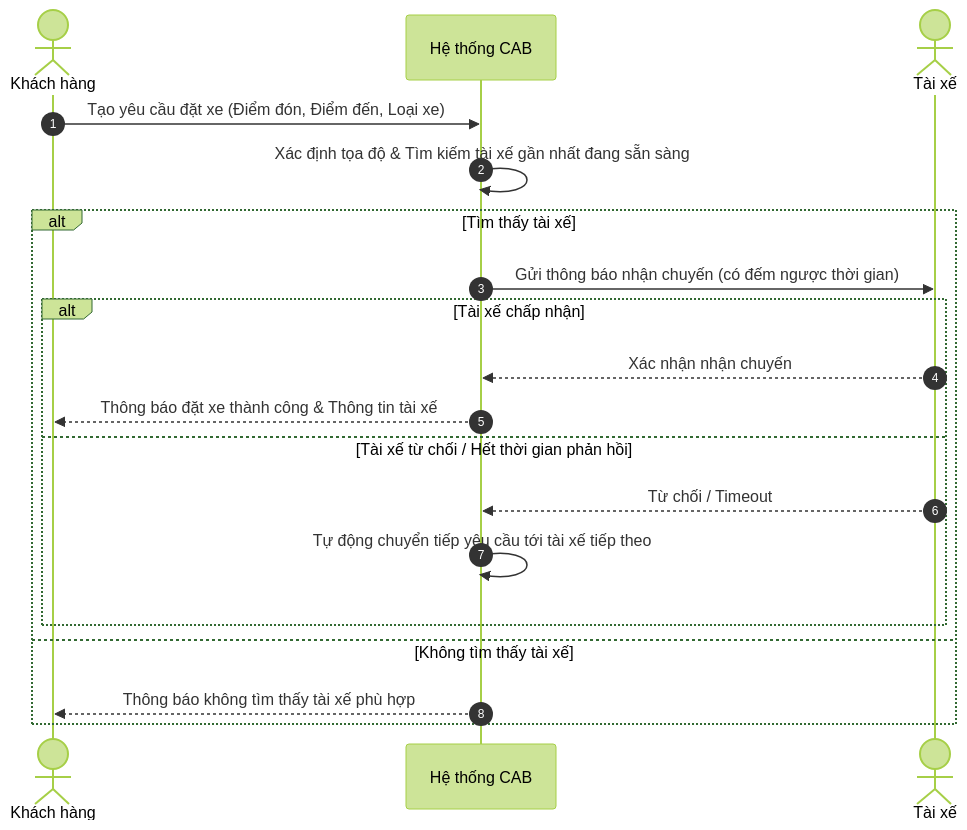
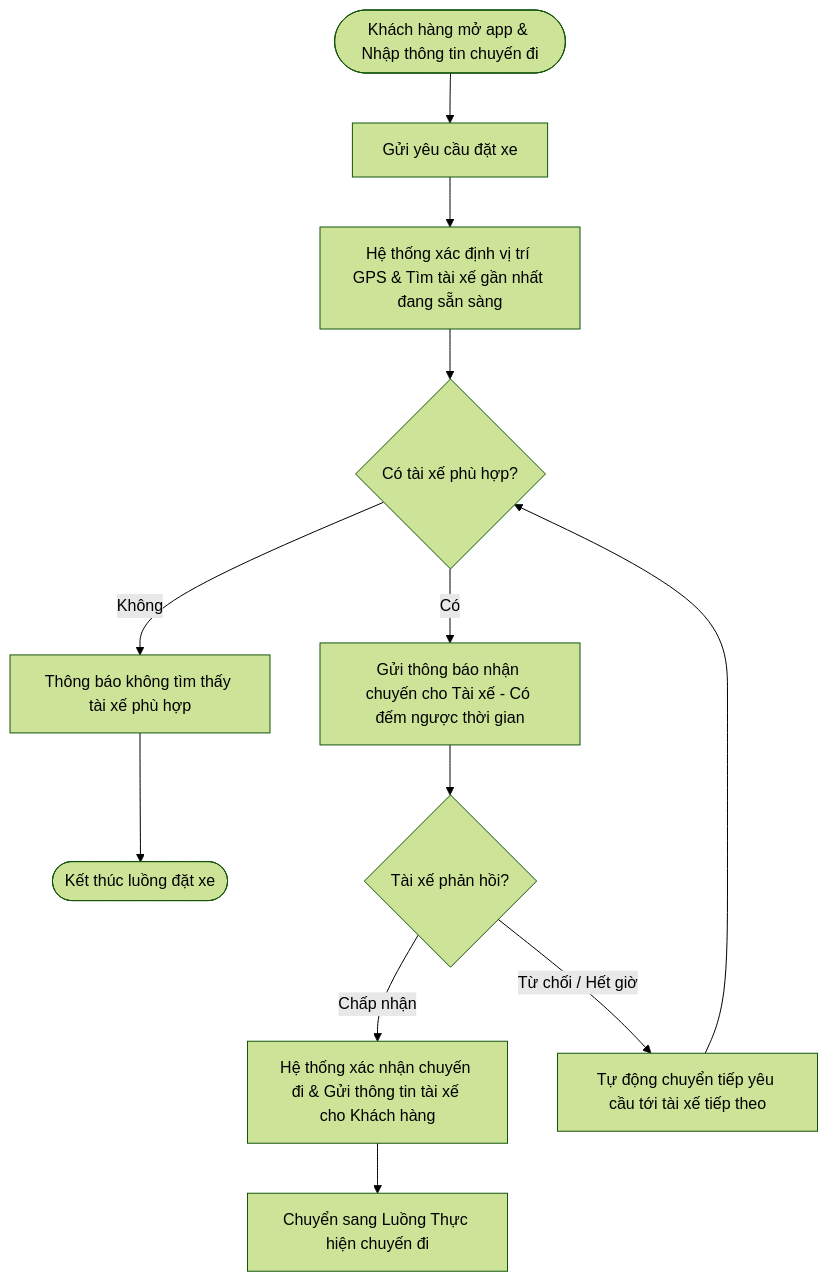
Before and after one commit to DuynDangHocBai/23720691_NguyenThiMyDUyen_CABSYSTEM: the second of 3 diagrams in srs.md, drawn with Mermaid (forest theme). The commit also changed other lines of this file, not shown here.

First line of the commit message:
Revise business process modeling with flowcharts

````diff
--- a/srs.md
+++ b/srs.md
@@ -82,23 +82,20 @@
 ```mermaid
-sequenceDiagram
-    autonumber
-    actor KH as Khách hàng
-    participant HT as Hệ thống CAB
-    actor TX as Tài xế
+flowchart TD
+    Start([Khách hàng mở app & Nhập thông tin chuyến đi]) --> Request[Gửi yêu cầu đặt xe]
+    Request --> FindDriver[Hệ thống xác định vị trí GPS & Tìm tài xế gần nhất đang sẵn sàng]
+    
+    FindDriver --> CheckFound{Có tài xế phù hợp?}
+    
+    CheckFound -- Không --> NotifyNoDriver[Thông báo không tìm thấy tài xế phù hợp]
+    NotifyNoDriver --> EndNoDriver([Kết thúc luồng đặt xe])
 
-    KH->>HT: Tạo yêu cầu đặt xe (Điểm đón, Điểm đến, Loại xe)
-    HT->>HT: Xác định tọa độ & Tìm kiếm tài xế gần nhất đang sẵn sàng
+    CheckFound -- Có --> SendOffer[Gửi thông báo nhận chuyến cho Tài xế - Có đếm ngược thời gian]
     
-    alt Tìm thấy tài xế
-        HT->>TX: Gửi thông báo nhận chuyến (có đếm ngược thời gian)
-        alt Tài xế chấp nhận
-            TX-->>HT: Xác nhận nhận chuyến
-            HT-->>KH: Thông báo đặt xe thành công & Thông tin tài xế
-        else Tài xế từ chối / Hết thời gian phản hồi
-            TX-->>HT: Từ chối / Timeout
-            HT->>HT: Tự động chuyển tiếp yêu cầu tới tài xế tiếp theo
-        end
-    else Không tìm thấy tài xế
-        HT-->>KH: Thông báo không tìm thấy tài xế phù hợp
-    end
+    SendOffer --> DriverResponse{Tài xế phản hồi?}
+    
+    DriverResponse -- Chấp nhận --> ConfirmBooking[Hệ thống xác nhận chuyến đi & Gửi thông tin tài xế cho Khách hàng]
+    ConfirmBooking --> Transition[Chuyển sang Luồng Thực hiện chuyến đi]
+
+    DriverResponse -- Từ chối / Hết giờ --> ForwardNext[Tự động chuyển tiếp yêu cầu tới tài xế tiếp theo]
+    ForwardNext --> CheckFound
 ```
````
